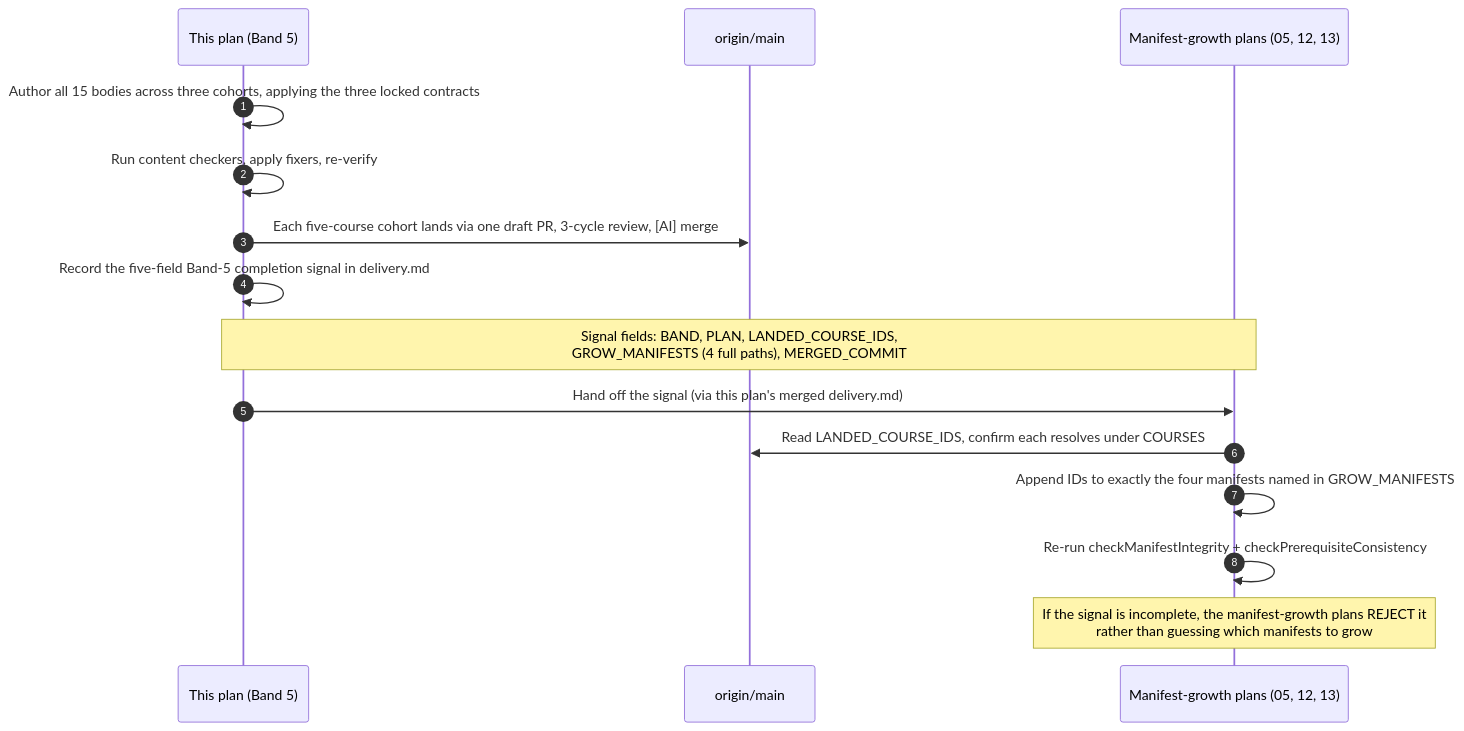
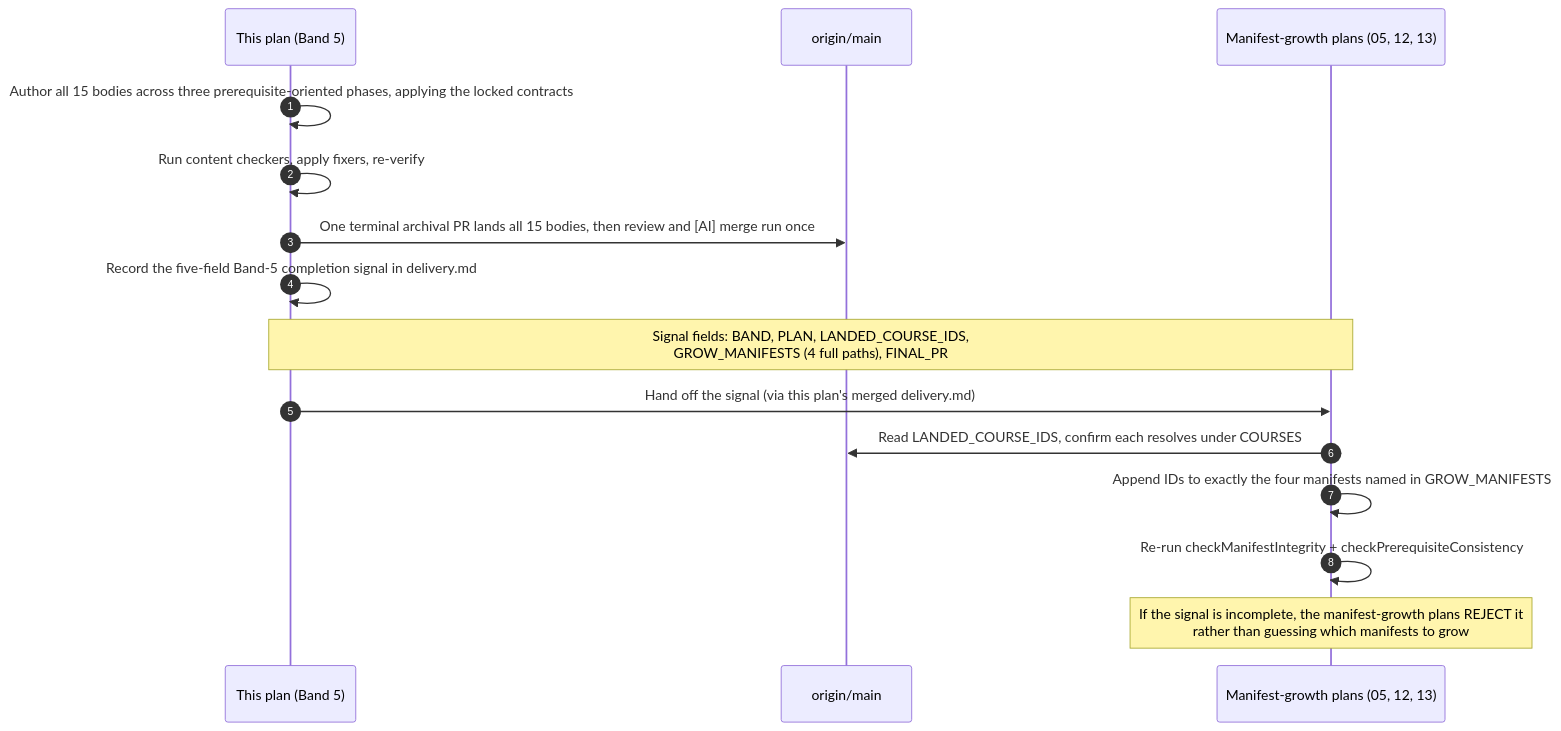
Before and after one commit to wahidyankf/open-sharia-fintech: the fourth of 5 diagrams in plans/backlog/ayokoding-learning-path-06-course-authoring-architecture-and-ai-harness/tech-docs.md, drawn with Mermaid. The commit also changed other lines of this file and 49 other files, not shown here.

````diff
--- a/plans/backlog/ayokoding-learning-path-06-course-authoring-architecture-and-ai-harness/tech-docs.md
+++ b/plans/backlog/ayokoding-learning-path-06-course-authoring-architecture-and-ai-harness/tech-docs.md
@@ -370,18 +370,18 @@
 ```mermaid
 sequenceDiagram
     autonumber
     participant BAND as This plan (Band 5)
     participant Main as origin/main
     participant MF as Manifest-growth plans (05, 12, 13)
 
-    BAND->>BAND: Author all 15 bodies across three cohorts, applying the three locked contracts
+    BAND->>BAND: Author all 15 bodies across three prerequisite-oriented phases, applying the locked contracts
     BAND->>BAND: Run content checkers, apply fixers, re-verify
-    BAND->>Main: Each five-course cohort lands via one draft PR, 3-cycle review, [AI] merge
+    BAND->>Main: One terminal archival PR lands all 15 bodies, then review and [AI] merge run once
     BAND->>BAND: Record the five-field Band-5 completion signal in delivery.md
-    Note over BAND,MF: Signal fields: BAND, PLAN, LANDED_COURSE_IDS,<br/>GROW_MANIFESTS (4 full paths), MERGED_COMMIT
+    Note over BAND,MF: Signal fields: BAND, PLAN, LANDED_COURSE_IDS,<br/>GROW_MANIFESTS (4 full paths), FINAL_PR
     BAND->>MF: Hand off the signal (via this plan's merged delivery.md)
     MF->>Main: Read LANDED_COURSE_IDS, confirm each resolves under COURSES
     MF->>MF: Append IDs to exactly the four manifests named in GROW_MANIFESTS
     MF->>MF: Re-run checkManifestIntegrity + checkPrerequisiteConsistency
     Note over MF: If the signal is incomplete, the manifest-growth plans REJECT it<br/>rather than guessing which manifests to grow
 ```
````
